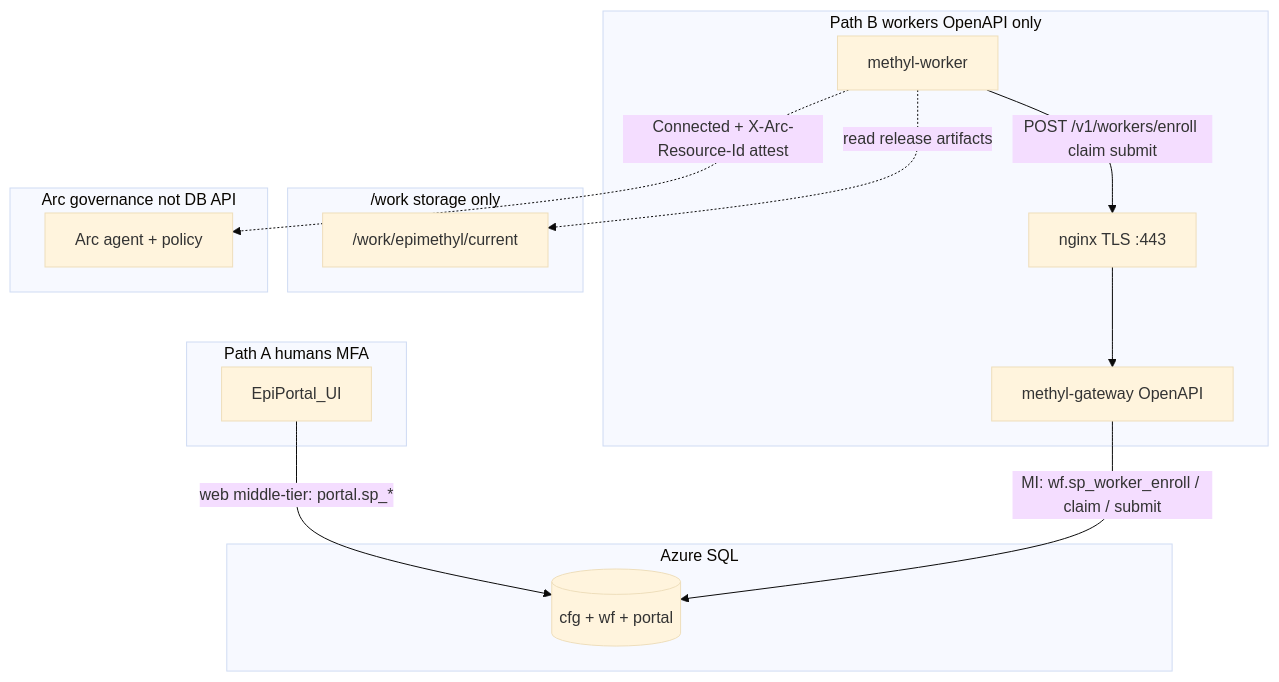
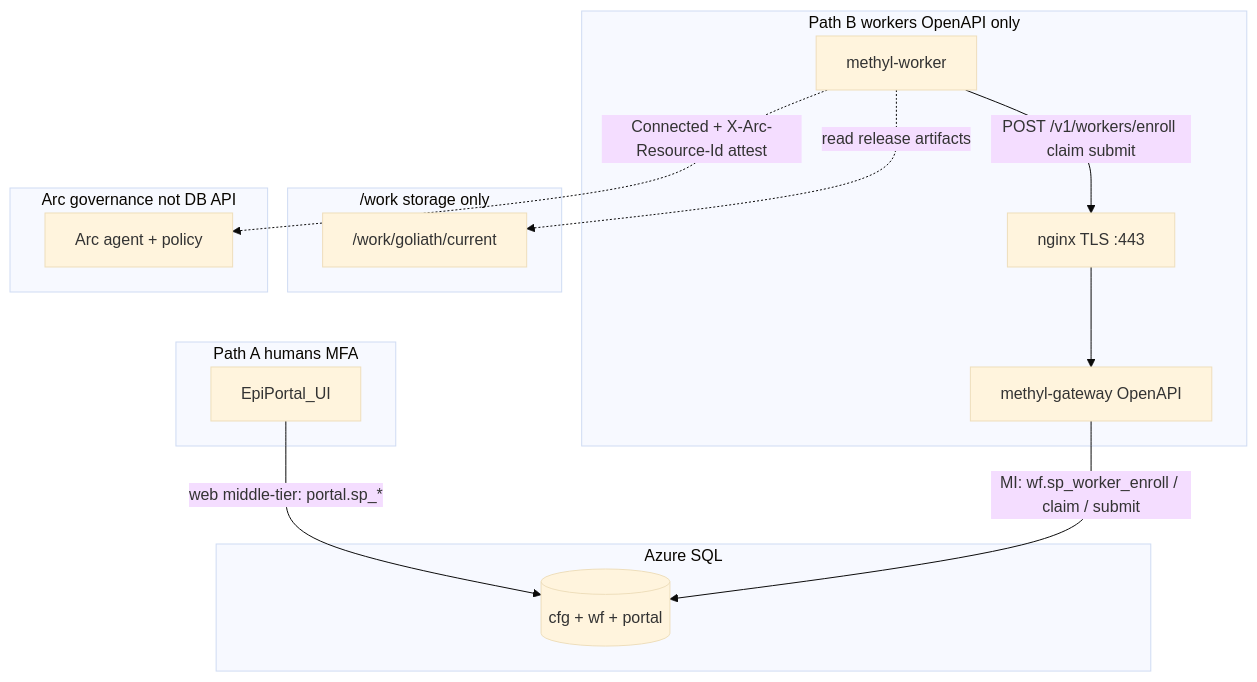
One commit to Goliath-Research/GoliathWorkflow changed the diagram in docs/deployment/production-platform.md. Above: the diagram before and after it, drawn with Mermaid (base theme). The commit also changed other lines of this file and 272 other files, not shown here.

````diff
--- a/docs/deployment/production-platform.md
+++ b/docs/deployment/production-platform.md
@@ -30,27 +30,27 @@
 ```mermaid
 flowchart TB
   subgraph pathA [Path A humans MFA]
     PortalUI[EpiPortal_UI]
   end
   subgraph pathB [Path B workers OpenAPI only]
     W1[methyl-worker]
     Nginx[nginx TLS :443]
     GW[methyl-gateway OpenAPI]
   end
   subgraph dataPlane [Azure SQL]
     SQL[(cfg + wf + portal)]
   end
   subgraph shared ["/work storage only"]
-    Rel["/work/epimethyl/current"]
+    Rel["/work/goliath/current"]
   end
   subgraph arcGov [Arc governance not DB API]
     ArcAgent[Arc agent + policy]
   end
 
   PortalUI -->|"web middle-tier: portal.sp_*"| SQL
   W1 -->|"POST /v1/workers/enroll claim submit"| Nginx
   Nginx --> GW
   GW -->|"MI: wf.sp_worker_enroll / claim / submit"| SQL
   W1 -.->|read release artifacts| Rel
   W1 -.->|Connected + X-Arc-Resource-Id attest| ArcAgent
 ```
````
